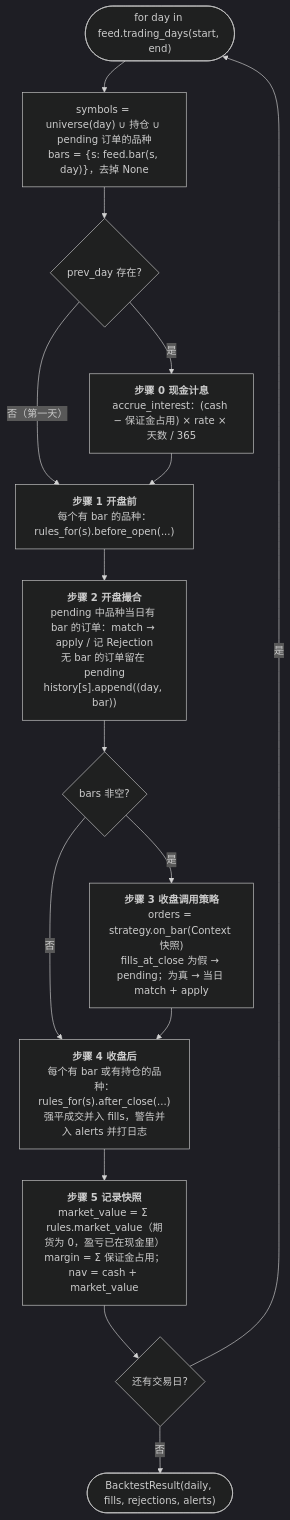
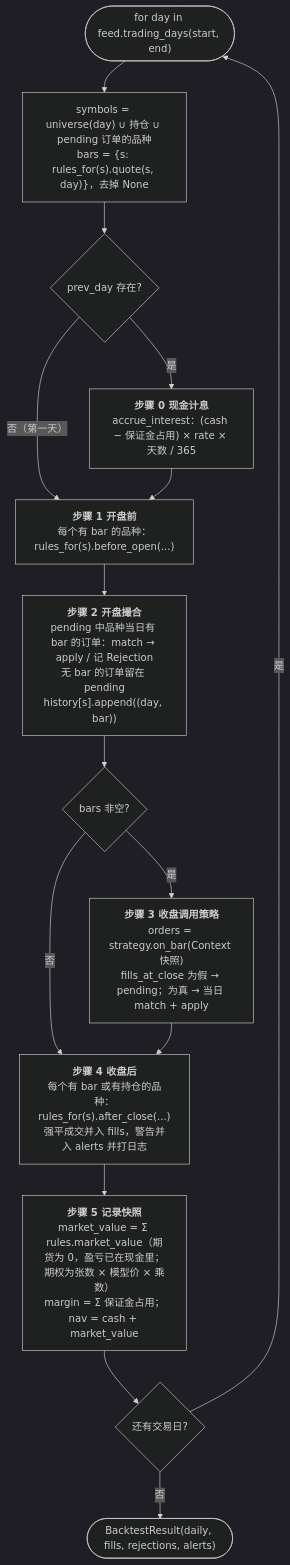
Diagram 12 of 26 in docs/code-walkthrough.md (guevara12345/quant), drawn with Mermaid (dark theme) before and after one commit. The commit also changed other lines of this file and 14 other files, not shown here.

````diff
--- a/docs/code-walkthrough.md
+++ b/docs/code-walkthrough.md
@@ -669,17 +707,17 @@
 ```mermaid
 flowchart TD
-    Start(["for day in feed.trading_days(start, end)"]) --> Sym["symbols = universe(day) ∪ 持仓 ∪ pending 订单的品种<br/>bars = {s: feed.bar(s, day)}，去掉 None"]
+    Start(["for day in feed.trading_days(start, end)"]) --> Sym["symbols = universe(day) ∪ 持仓 ∪ pending 订单的品种<br/>bars = {s: rules_for(s).quote(s, day)}，去掉 None"]
     Sym --> S0{"prev_day 存在?"}
     S0 -- 是 --> Int["<b>步骤 0 现金计息</b><br/>accrue_interest：(cash − 保证金占用) × rate × 天数 / 365"]
     S0 -- 否（第一天） --> S1
     Int --> S1["<b>步骤 1 开盘前</b><br/>每个有 bar 的品种：rules_for(s).before_open(...)"]
     S1 --> S2["<b>步骤 2 开盘撮合</b><br/>pending 中品种当日有 bar 的订单：match → apply / 记 Rejection<br/>无 bar 的订单留在 pending<br/>history[s].append((day, bar))"]
     S2 --> HasBar{"bars 非空?"}
     HasBar -- 否 --> S4
     HasBar -- 是 --> S3["<b>步骤 3 收盘调用策略</b><br/>orders = strategy.on_bar(Context 快照)<br/>fills_at_close 为假 → pending；为真 → 当日 match + apply"]
     S3 --> S4["<b>步骤 4 收盘后</b><br/>每个有 bar 或有持仓的品种：rules_for(s).after_close(...)<br/>强平成交并入 fills，警告并入 alerts 并打日志"]
-    S4 --> Snap["<b>步骤 5 记录快照</b><br/>market_value = Σ rules.market_value（期货为 0，盈亏已在现金里）<br/>margin = Σ 保证金占用；nav = cash + market_value"]
+    S4 --> Snap["<b>步骤 5 记录快照</b><br/>market_value = Σ rules.market_value（期货为 0，盈亏已在现金里；期权为张数 × 模型价 × 乘数）<br/>margin = Σ 保证金占用；nav = cash + market_value"]
     Snap --> Next{还有交易日?}
     Next -- 是 --> Start
     Next -- 否 --> Out(["BacktestResult(daily, fills, rejections, alerts)"])
 ```
````
